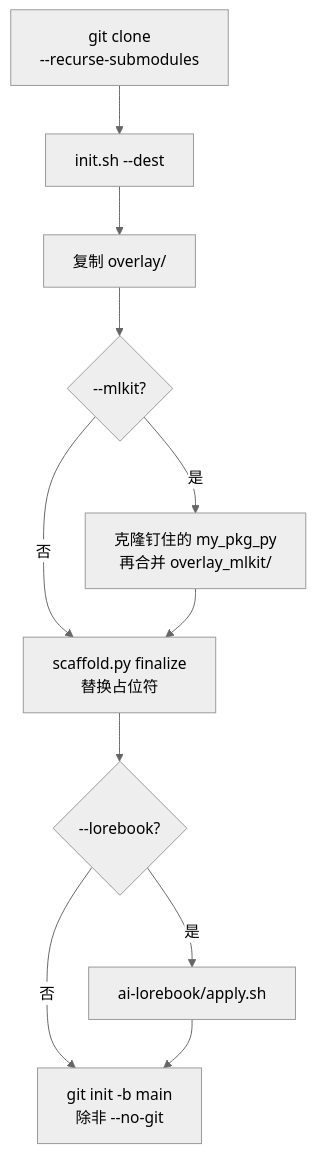
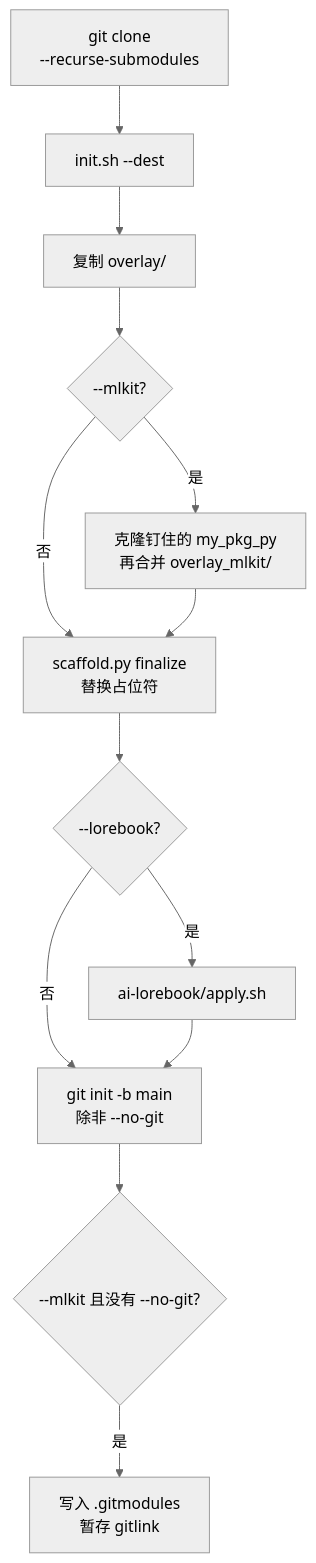
One commit to zeroDtree/py-project-template changed the diagram in docs/zh/init.md. Above: the diagram before and after it, drawn with Mermaid (neutral theme). The commit also changed other lines of this file and 14 other files, not shown here.

````diff
--- a/docs/zh/init.md
+++ b/docs/zh/init.md
@@ -39,13 +39,15 @@
 ```mermaid
 flowchart TD
   clone["git clone<br/>--recurse-submodules"] --> init["init.sh --dest"]
   init --> overlay["复制 overlay/"]
   overlay --> mlkit{"--mlkit?"}
   mlkit -->|是| pin["克隆钉住的 my_pkg_py<br/>再合并 overlay_mlkit/"]
   mlkit -->|否| tokens["scaffold.py finalize<br/>替换占位符"]
   pin --> tokens
   tokens --> lore{"--lorebook?"}
   lore -->|是| rules["ai-lorebook/apply.sh"]
   lore -->|否| git["git init -b main<br/>除非 --no-git"]
   rules --> git
+  git --> record{"--mlkit 且没有 --no-git?"}
+  record -->|是| link["写入 .gitmodules<br/>暂存 gitlink"]
 ```
````
